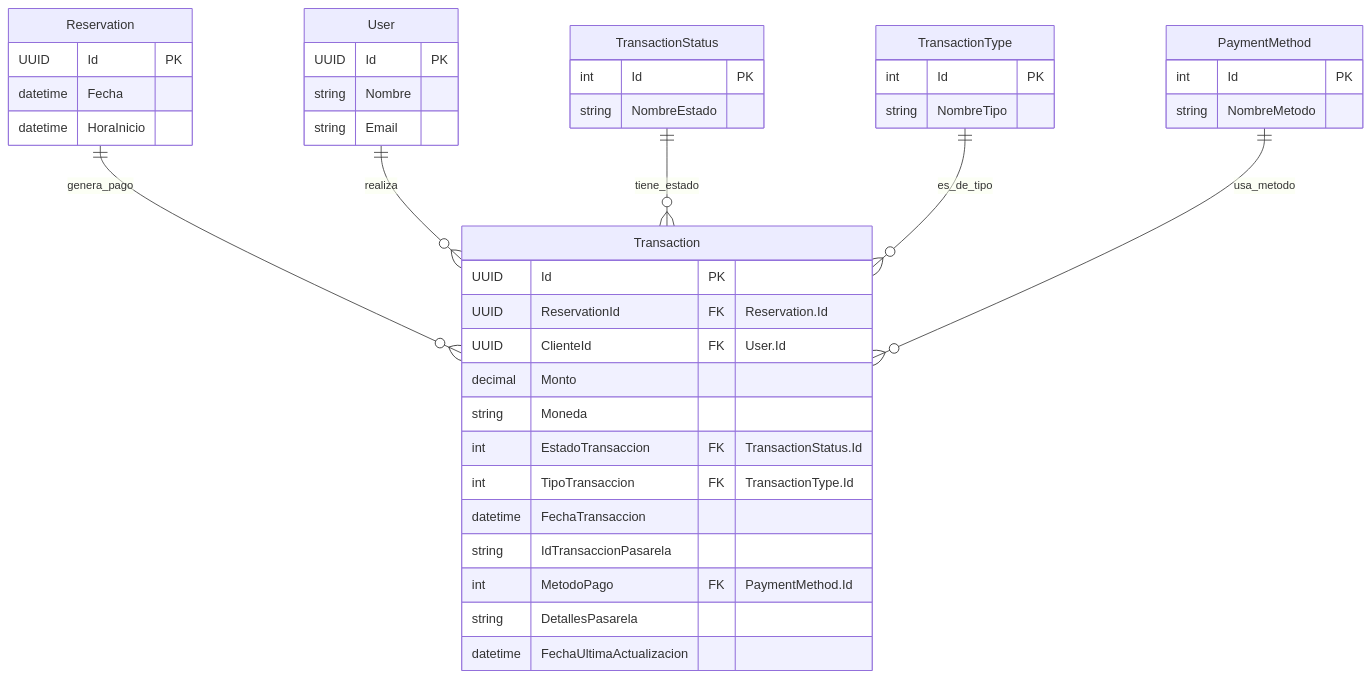
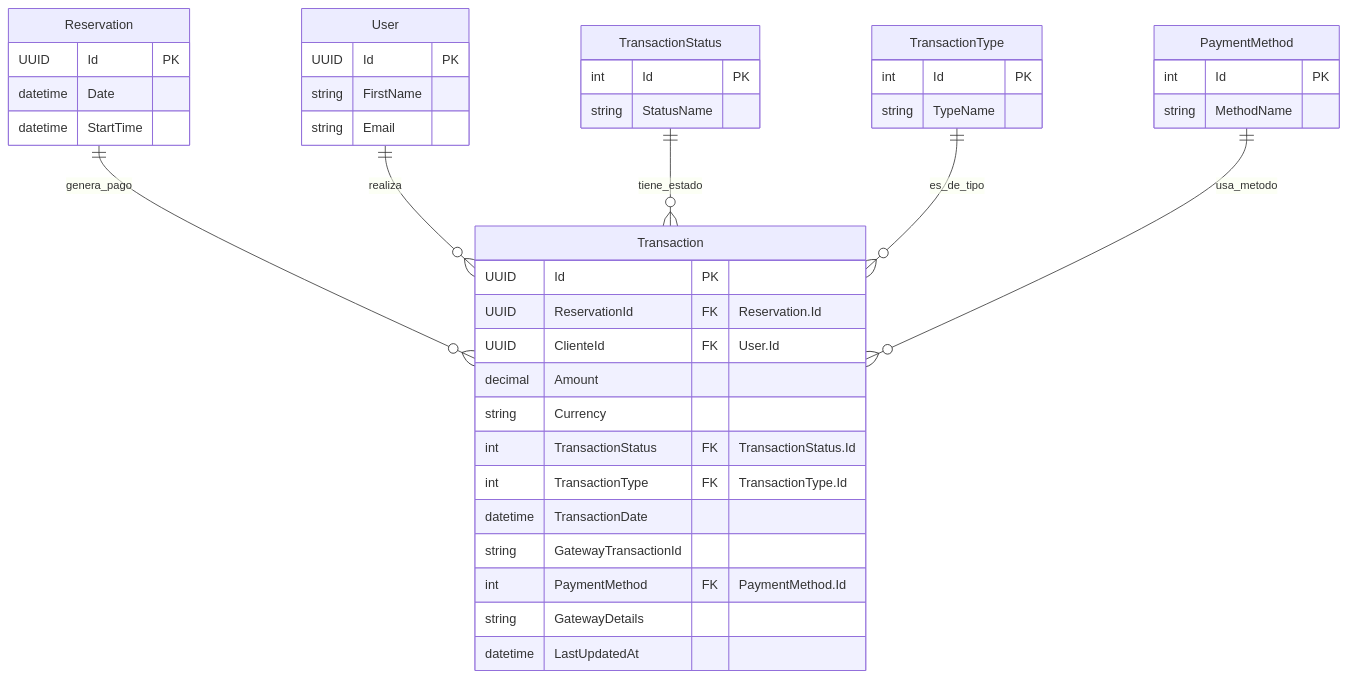
One commit to jose-angell/EventResourceReservationAppDocs changed the diagram in docs/backend/models-domain/Transaction.md. Above: the diagram before and after it, drawn with Mermaid. The commit also changed other lines of this file and 7 other files, not shown here.

````diff
--- a/docs/backend/models-domain/Transaction.md
+++ b/docs/backend/models-domain/Transaction.md
@@ -41,50 +41,50 @@
 ```mermaid
 erDiagram
     Reservation {
         UUID Id PK
-        datetime Fecha
-        datetime HoraInicio
+        datetime Date
+        datetime StartTime
     }
 
     User {
         UUID Id PK
-        string Nombre
+        string FirstName
         string Email
     }
 
     TransactionStatus {
         int Id PK
-        string NombreEstado
+        string StatusName
     }
 
     TransactionType {
         int Id PK
-        string NombreTipo
+        string TypeName
     }
 
     PaymentMethod {
         int Id PK
-        string NombreMetodo
+        string MethodName
     }
 
     Transaction {
         UUID Id PK
         UUID ReservationId FK "Reservation.Id"
         UUID ClienteId FK "User.Id"
-        decimal Monto
-        string Moneda
-        int EstadoTransaccion FK "TransactionStatus.Id"
-        int TipoTransaccion FK "TransactionType.Id"
-        datetime FechaTransaccion
-        string IdTransaccionPasarela
-        int MetodoPago FK "PaymentMethod.Id"
-        string DetallesPasarela
-        datetime FechaUltimaActualizacion
+        decimal Amount
+        string Currency
+        int TransactionStatus FK "TransactionStatus.Id"
+        int TransactionType FK "TransactionType.Id"
+        datetime TransactionDate
+        string GatewayTransactionId
+        int PaymentMethod FK "PaymentMethod.Id"
+        string GatewayDetails
+        datetime LastUpdatedAt
     }
 
     Reservation ||--o{ Transaction : "genera_pago"
     User ||--o{ Transaction : "realiza"
     TransactionStatus ||--o{ Transaction : "tiene_estado"
     TransactionType ||--o{ Transaction : "es_de_tipo"
     PaymentMethod ||--o{ Transaction : "usa_metodo"
 ```
````
